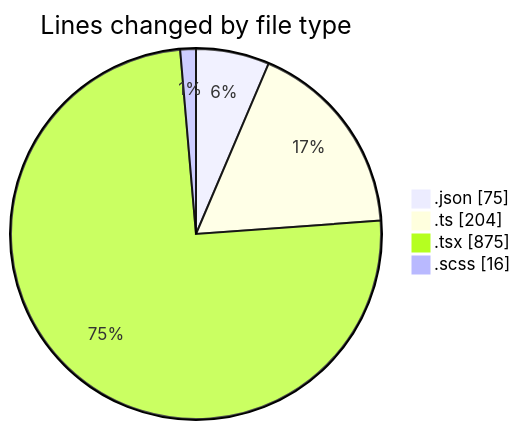
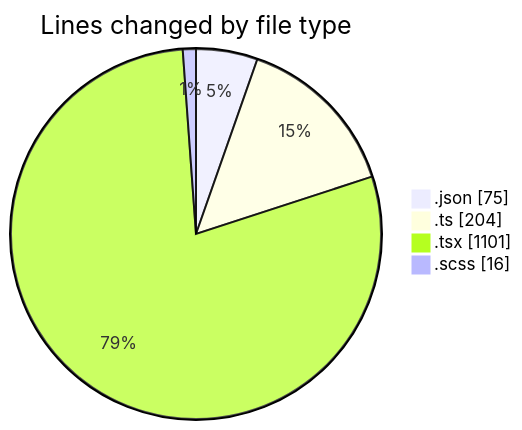
Before and after one commit to momahboobian/code-tracking: the first of 2 diagrams in 2026-04-21/ise-web-ofcom/README.md, drawn with Mermaid. The commit also changed other lines of this file and 1 other file, not shown here.

````diff
--- a/2026-04-21/ise-web-ofcom/README.md
+++ b/2026-04-21/ise-web-ofcom/README.md
@@ -28,8 +28,8 @@
 ```mermaid
 pie showData
 title Lines changed by file type
 ".json" : 75
 ".ts" : 204
-".tsx" : 875
+".tsx" : 1101
 ".scss" : 16
 ```
````
